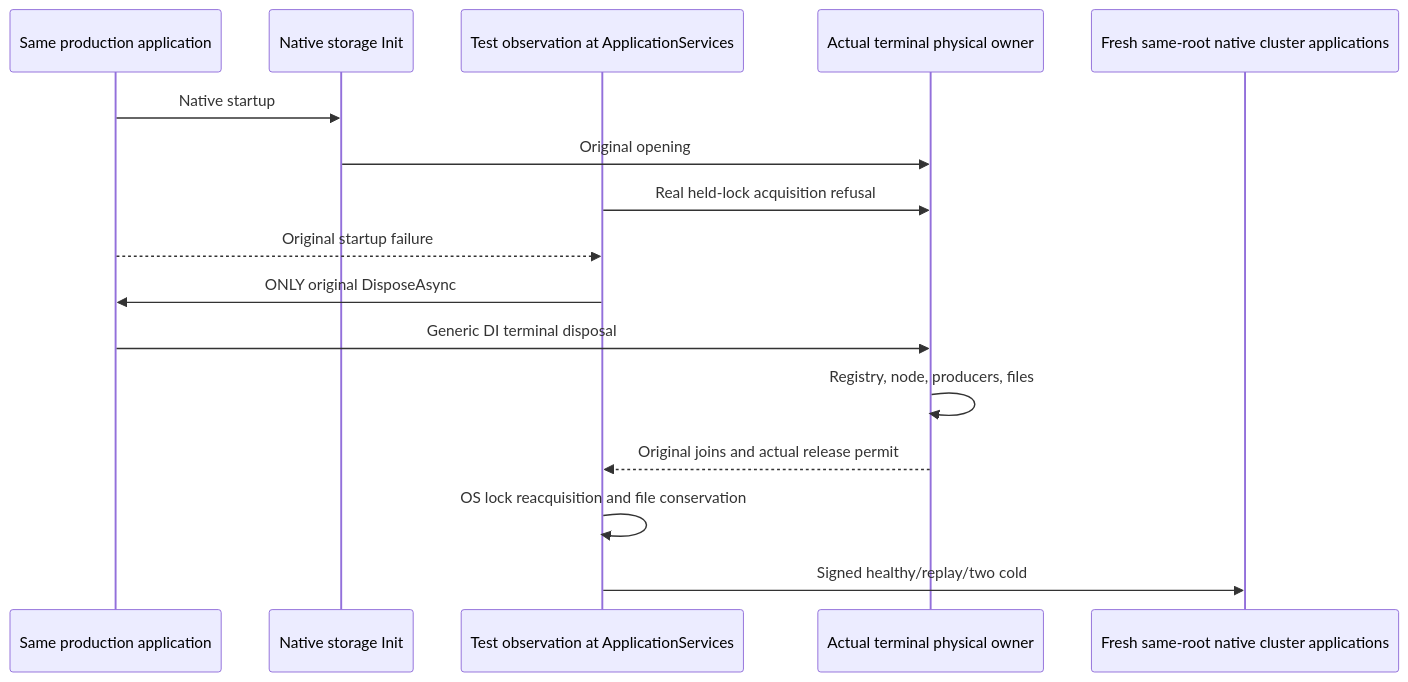
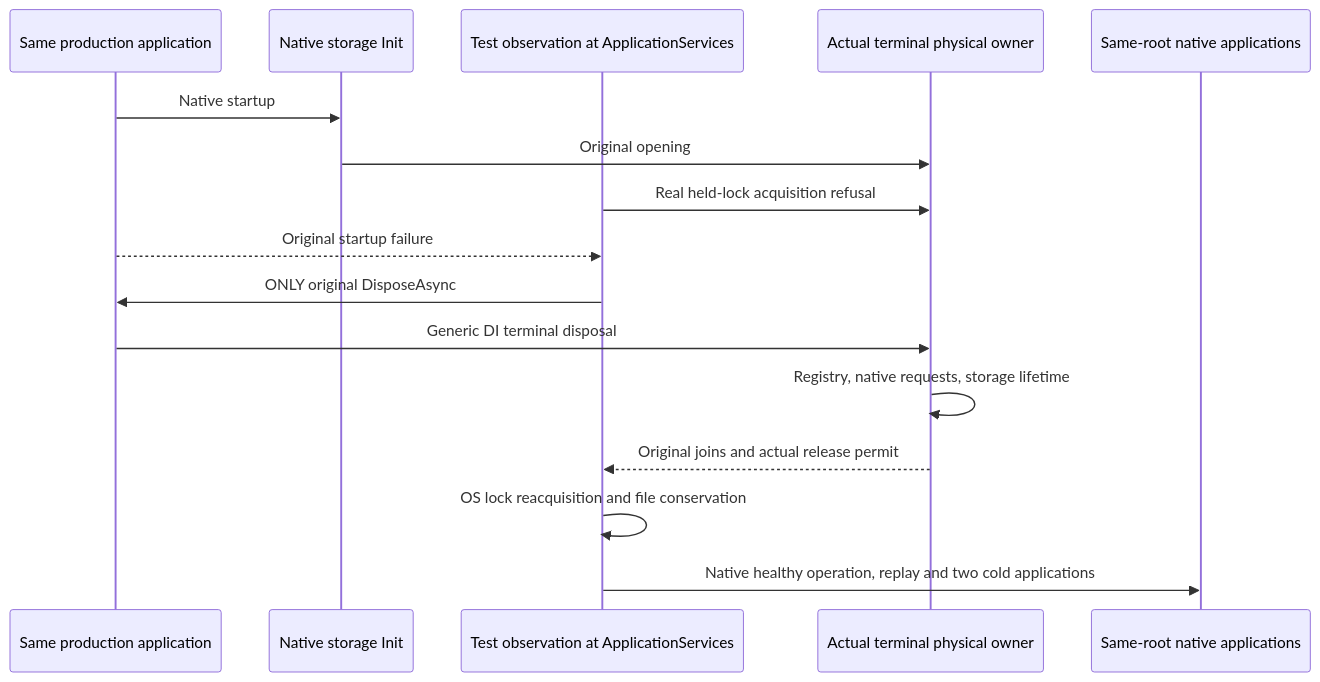
The diagram in docs/Features/StorageRecovery/NativePartialApplicationDisposal.md (managedcode/KeyLoad), drawn with Mermaid before and after one commit. The commit also changed other lines of this file and 25 other files, not shown here.

````diff
--- a/docs/Features/StorageRecovery/NativePartialApplicationDisposal.md
+++ b/docs/Features/StorageRecovery/NativePartialApplicationDisposal.md
@@ -15,18 +15,18 @@
 ```mermaid
 sequenceDiagram
     participant App as Same production application
     participant GS as Native storage Init
     participant Trial as Test observation at ApplicationServices
     participant Owner as Actual terminal physical owner
-    participant FreshCohort as Fresh same-root native cluster applications
+    participant Fresh as Same-root native applications
     App->>GS: Native startup
     GS->>Owner: Original opening
     Trial->>Owner: Real held-lock acquisition refusal
     App-->>Trial: Original startup failure
     Trial->>App: ONLY original DisposeAsync
     App->>Owner: Generic DI terminal disposal
-    Owner->>Owner: Registry, node, producers, files
+    Owner->>Owner: Registry, native requests, storage lifetime
     Owner-->>Trial: Original joins and actual release permit
     Trial->>Trial: OS lock reacquisition and file conservation
-    Trial->>FreshCohort: Signed healthy/replay/two cold
+    Trial->>Fresh: Native healthy operation, replay and two cold applications
 ```
````
